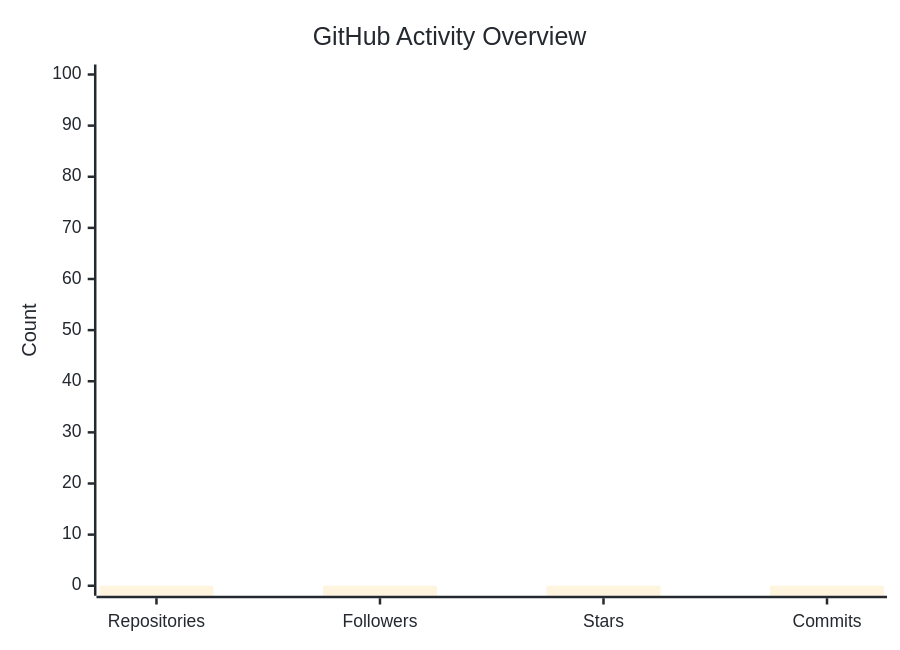
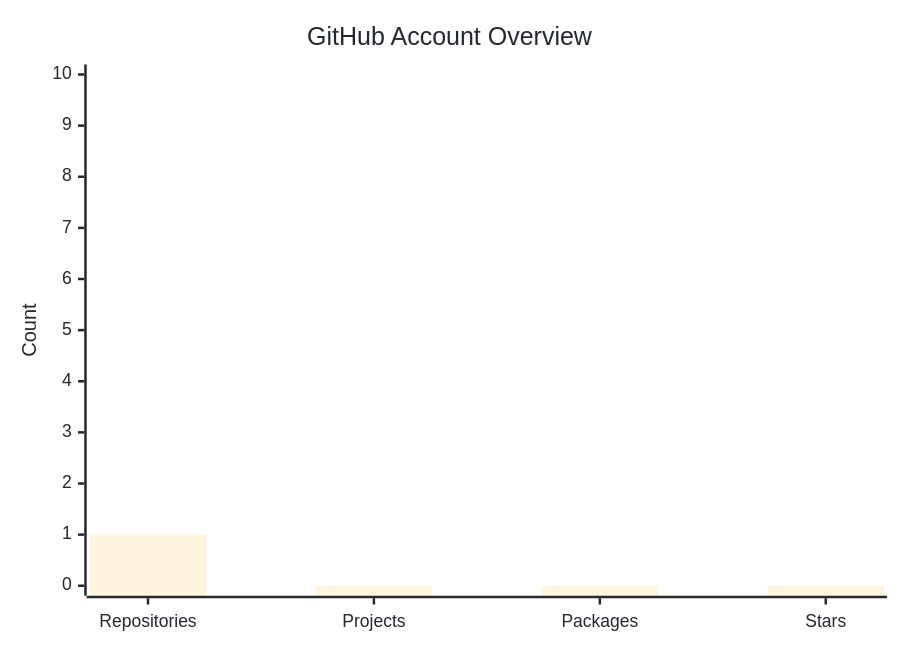
The first of 4 diagrams in README.md (Mohammed927353/Mohammed927353), drawn with Mermaid before and after one commit. The commit also changed other lines of this file, not shown here.

````diff
--- a/README.md
+++ b/README.md
@@ -139,18 +132,18 @@
 ```mermaid
 %%{init: {
   "theme": "base",
   "themeVariables": {
     "fontFamily": "Arial",
     "primaryTextColor": "#24292F",
+    "textColor": "#24292F",
     "lineColor": "#57606A",
-    "textColor": "#24292F",
     "background": "#FFFFFF"
   }
 }}%%
 
 xychart-beta
-    title "GitHub Activity Overview"
-    x-axis ["Repositories", "Followers", "Stars", "Commits"]
-    y-axis "Count" 0 --> 100
-    bar [0, 0, 0, 0]
+    title "GitHub Account Overview"
+    x-axis ["Repositories", "Projects", "Packages", "Stars"]
+    y-axis "Count" 0 --> 10
+    bar [1, 0, 0, 0]
 ```
````
